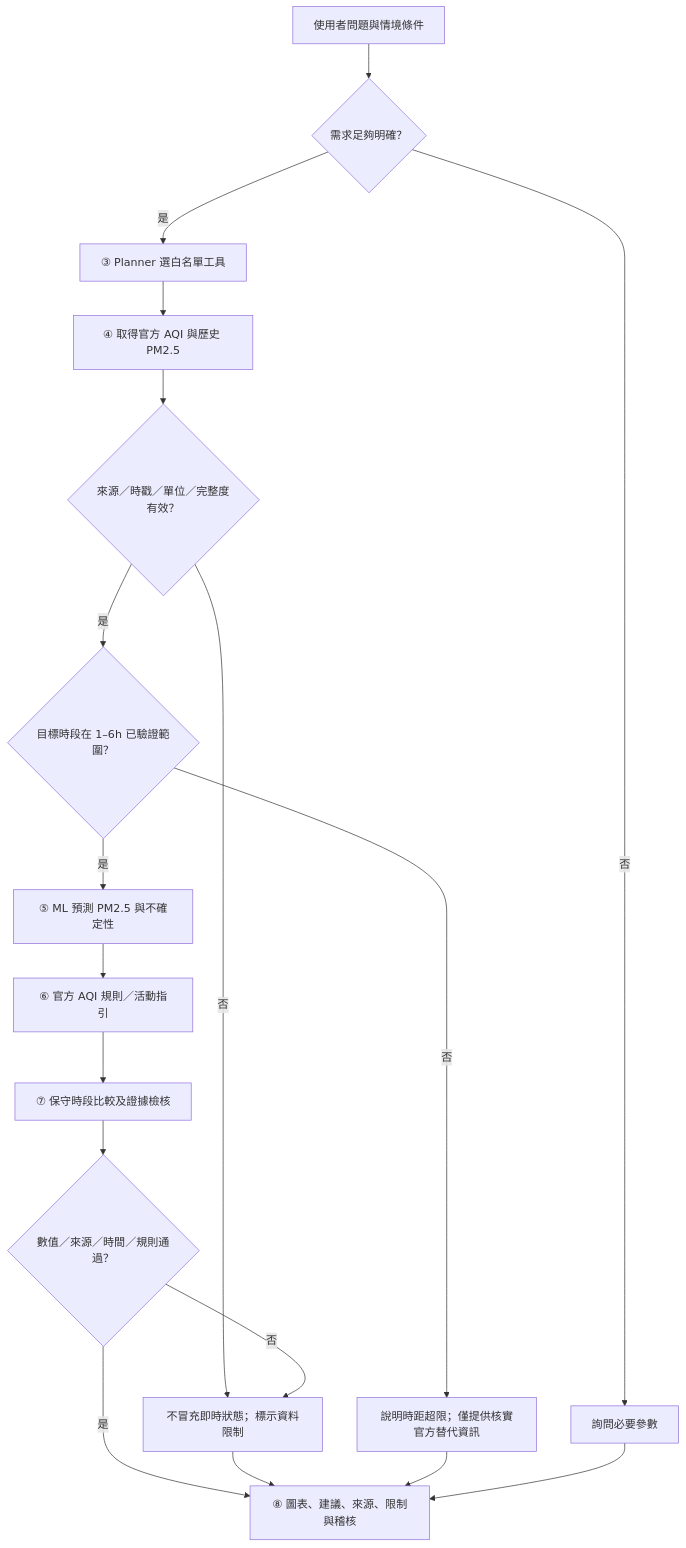
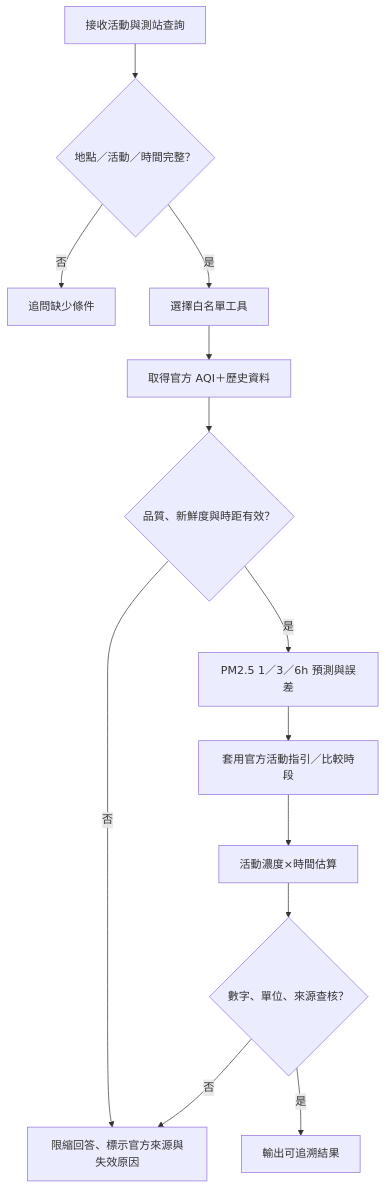
Before and after one commit to sam052003/AirGuard-AI: the diagram in docs/agent-flowchart.mmd, drawn with Mermaid. The commit also changed 17 other files, not shown here.

```diff
--- a/docs/agent-flowchart.mmd
+++ b/docs/agent-flowchart.mmd
@@ -1,18 +1,13 @@
 flowchart TD
-  I[使用者問題與情境條件] --> P{需求足夠明確？}
-  P -- 否 --> Q[詢問必要參數]
-  P -- 是 --> T[③ Planner 選白名單工具]
-  T --> D[④ 取得官方 AQI 與歷史 PM2.5]
-  D --> V{來源／時戳／單位／完整度有效？}
-  V -- 否 --> F[不冒充即時狀態；標示資料限制]
-  V -- 是 --> H{目標時段在 1–6h 已驗證範圍？}
-  H -- 否 --> X[說明時距超限；僅提供核實官方替代資訊]
-  H -- 是 --> M[⑤ ML 預測 PM2.5 與不確定性]
-  M --> K[⑥ 官方 AQI 規則／活動指引]
-  K --> R[⑦ 保守時段比較及證據檢核]
-  R --> C{數值／來源／時間／規則通過？}
-  C -- 是 --> O[⑧ 圖表、建議、來源、限制與稽核]
-  C -- 否 --> F
-  F --> O
-  X --> O
-  Q --> O
+    S["接收活動與測站查詢"] --> A{"地點／活動／時間完整？"}
+    A -- 否 --> Q["追問缺少條件"]
+    A -- 是 --> B["選擇白名單工具"]
+    B --> C["取得官方 AQI＋歷史資料"]
+    C --> D{"品質、新鮮度與時距有效？"}
+    D -- 否 --> Z["限縮回答、標示官方來源與失效原因"]
+    D -- 是 --> E["PM2.5 1／3／6h 預測與誤差"]
+    E --> F["套用官方活動指引／比較時段"]
+    F --> G["活動濃度×時間估算"]
+    G --> H{"數字、單位、來源查核？"}
+    H -- 否 --> Z
+    H -- 是 --> I["輸出可追溯結果"]
```
